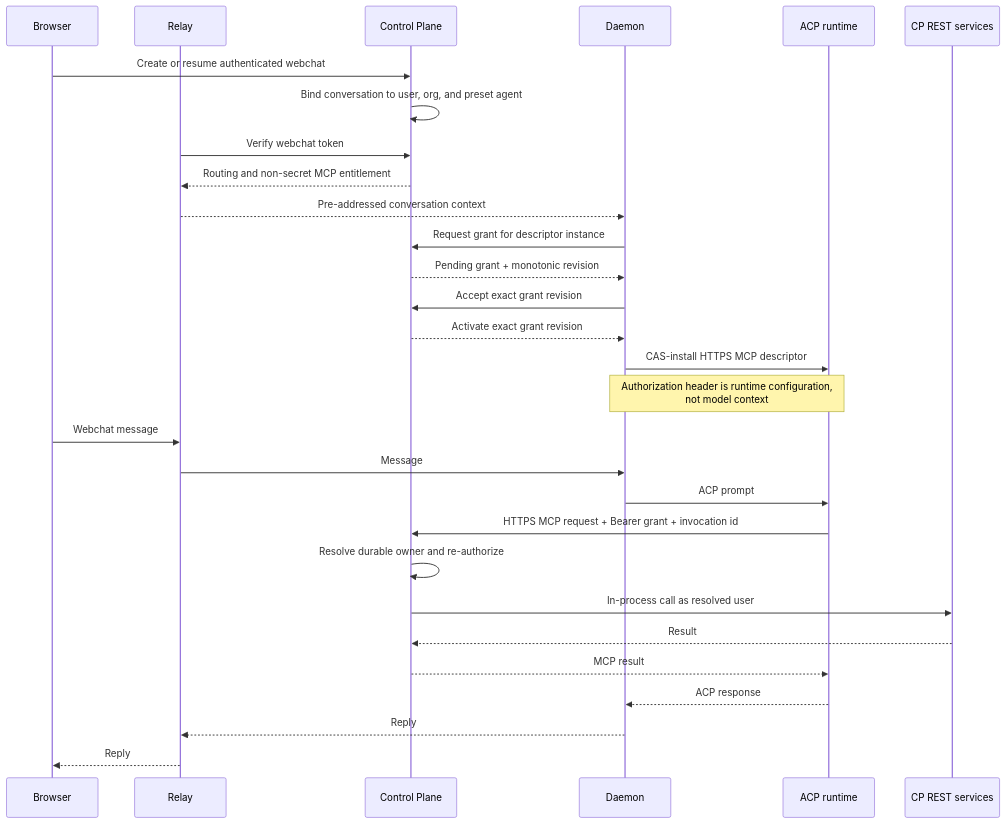
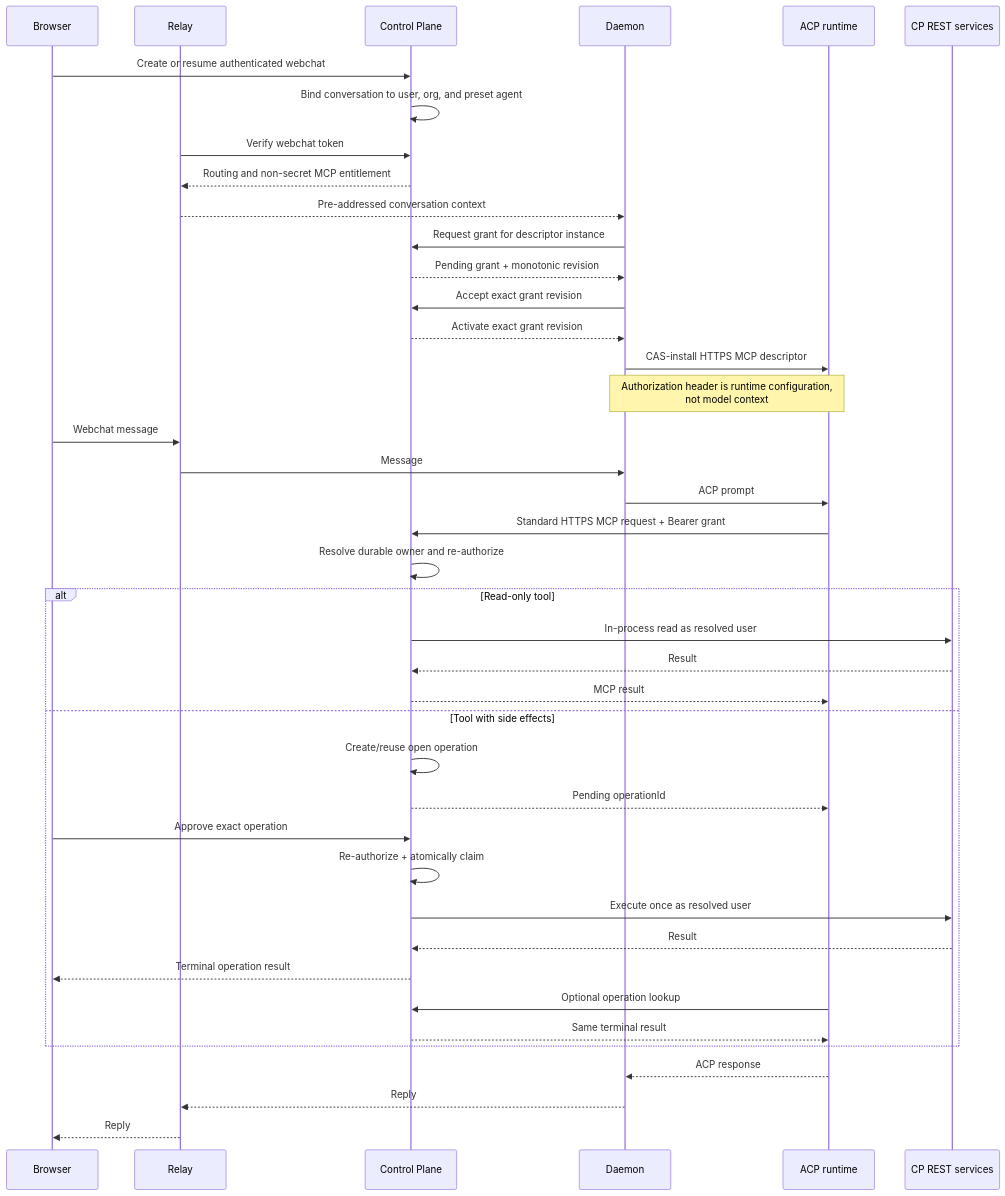
The diagram in docs/designs/webchat-preset-agentconnect-mcp.md (agentconnect-md/agentconnect), drawn with Mermaid before and after one commit. The commit also changed other lines of this file and 1 other file, not shown here.

Commit message:
docs: move remote MCP idempotency into control plane

````diff
--- a/docs/designs/webchat-preset-agentconnect-mcp.md
+++ b/docs/designs/webchat-preset-agentconnect-mcp.md
@@ -112,32 +113,44 @@
 ```mermaid
 sequenceDiagram
     participant Browser
     participant Relay
     participant CP as Control Plane
     participant Daemon
     participant Runtime as ACP runtime
     participant REST as CP REST services
 
     Browser->>CP: Create or resume authenticated webchat
     CP->>CP: Bind conversation to user, org, and preset agent
     Relay->>CP: Verify webchat token
     CP-->>Relay: Routing and non-secret MCP entitlement
     Relay-->>Daemon: Pre-addressed conversation context
     Daemon->>CP: Request grant for descriptor instance
     CP-->>Daemon: Pending grant + monotonic revision
     Daemon->>CP: Accept exact grant revision
     CP-->>Daemon: Activate exact grant revision
     Daemon->>Runtime: CAS-install HTTPS MCP descriptor
     Note over Daemon,Runtime: Authorization header is runtime configuration,<br/>not model context
     Browser->>Relay: Webchat message
     Relay->>Daemon: Message
     Daemon->>Runtime: ACP prompt
-    Runtime->>CP: HTTPS MCP request + Bearer grant + invocation id
+    Runtime->>CP: Standard HTTPS MCP request + Bearer grant
     CP->>CP: Resolve durable owner and re-authorize
-    CP->>REST: In-process call as resolved user
-    REST-->>CP: Result
-    CP-->>Runtime: MCP result
+    alt Read-only tool
+        CP->>REST: In-process read as resolved user
+        REST-->>CP: Result
+        CP-->>Runtime: MCP result
+    else Tool with side effects
+        CP->>CP: Create/reuse open operation
+        CP-->>Runtime: Pending operationId
+        Browser->>CP: Approve exact operation
+        CP->>CP: Re-authorize + atomically claim
+        CP->>REST: Execute once as resolved user
+        REST-->>CP: Result
+        CP-->>Browser: Terminal operation result
+        Runtime->>CP: Optional operation lookup
+        CP-->>Runtime: Same terminal result
+    end
     Runtime-->>Daemon: ACP response
     Daemon-->>Relay: Reply
     Relay-->>Browser: Reply
 ```
````
